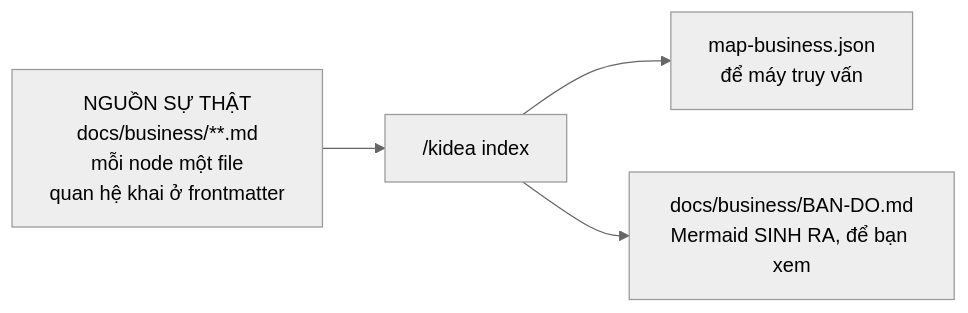
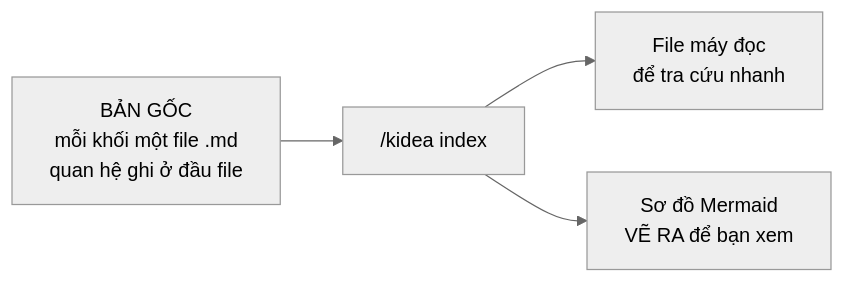
The sixth of 7 diagrams in design/04-BAN-DO-NGHIEP-VU.md (Kynderis/kendrick-ai-tools), drawn with Mermaid (neutral theme) before and after one commit. The commit also changed other lines of this file and 1 other file, not shown here.

First line of the commit message:
docs: rewrite the business-map document in plain Vietnamese

````diff
--- a/design/04-BAN-DO-NGHIEP-VU.md
+++ b/design/04-BAN-DO-NGHIEP-VU.md
@@ -348,6 +348,6 @@
 ```mermaid
 flowchart LR
-    A["NGUỒN SỰ THẬT<br/>docs/business/**.md<br/>mỗi node một file<br/>quan hệ khai ở frontmatter"] --> B["/kidea index"]
-    B --> C["map-business.json<br/>để máy truy vấn"]
-    B --> D["docs/business/BAN-DO.md<br/>Mermaid SINH RA, để bạn xem"]
+    A["BẢN GỐC<br/>mỗi khối một file .md<br/>quan hệ ghi ở đầu file"] --> B["/kidea index"]
+    B --> C["File máy đọc<br/>để tra cứu nhanh"]
+    B --> D["Sơ đồ Mermaid<br/>VẼ RA để bạn xem"]
 ```
````
